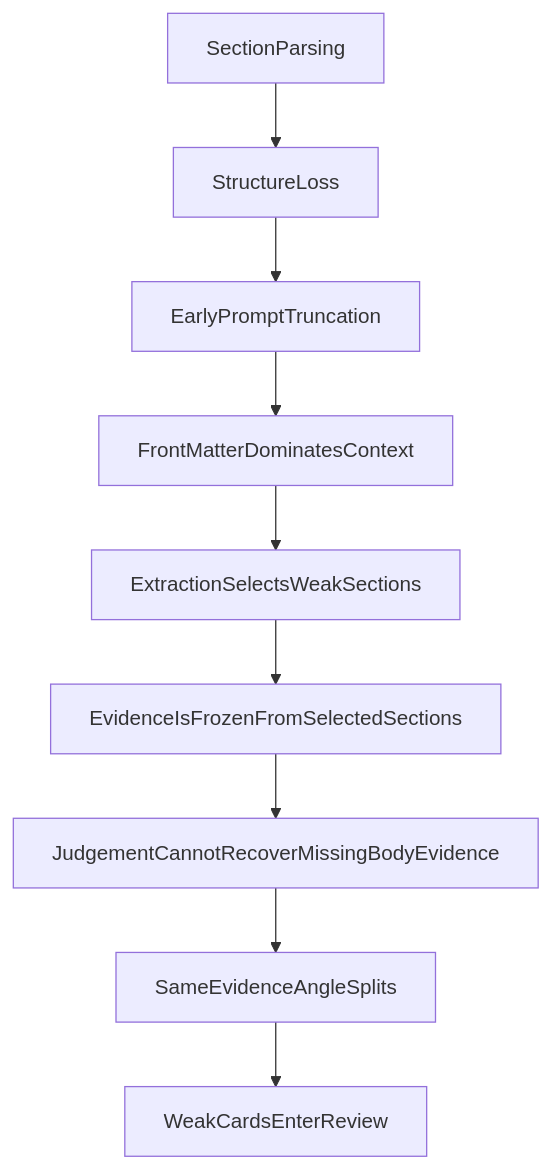
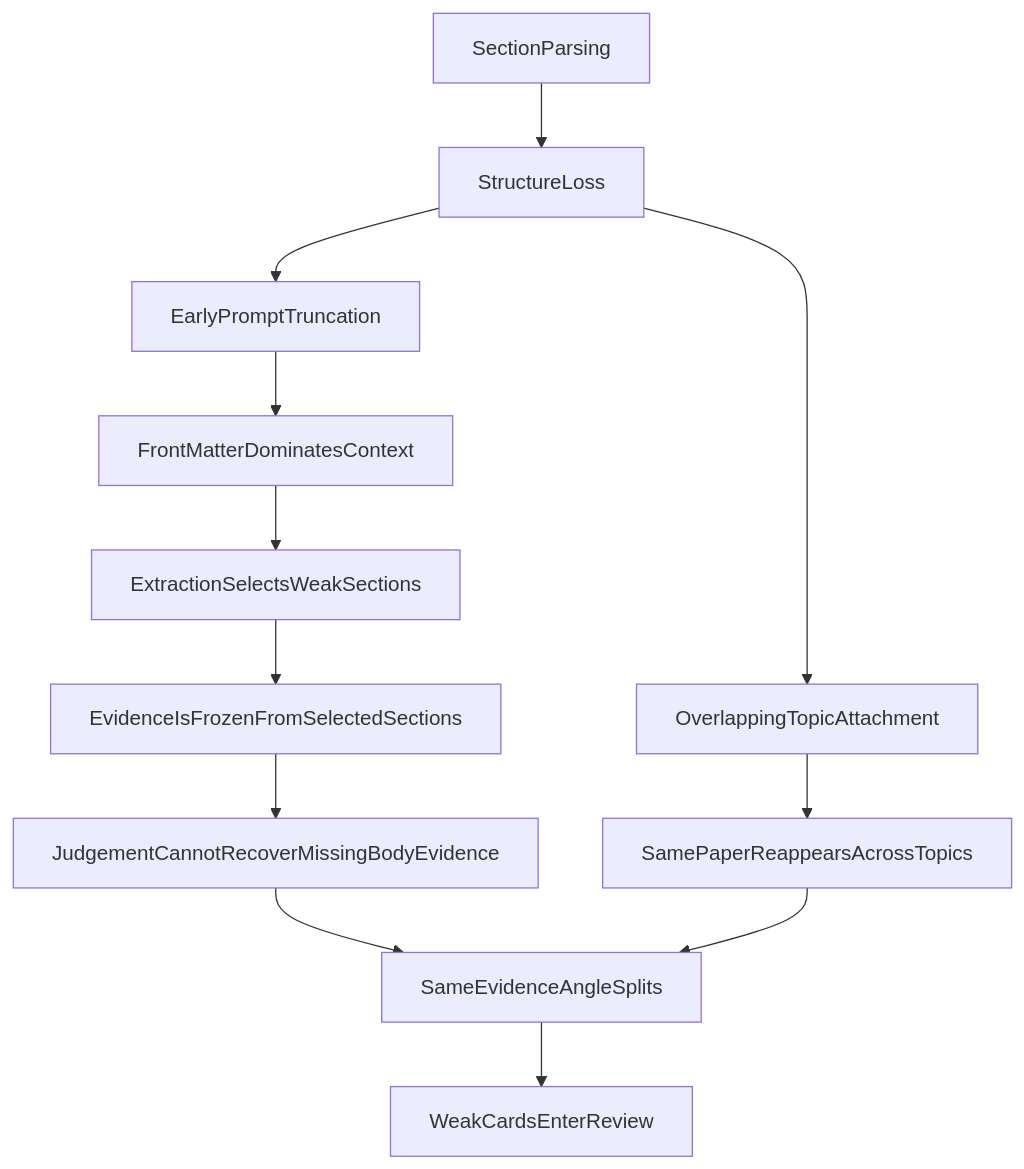
Before and after one commit to gillian-r-cd/paper2bullet: the second of 3 diagrams in CARD_CONTENT_REMEDIATION.md, drawn with Mermaid. The commit also changed other lines of this file and 6 other files, not shown here.

````diff
--- a/CARD_CONTENT_REMEDIATION.md
+++ b/CARD_CONTENT_REMEDIATION.md
@@ -103,11 +105,14 @@
 ```mermaid
 flowchart TD
     sectionParsing[SectionParsing] --> structureLoss[StructureLoss]
+    structureLoss --> topicOverlap[OverlappingTopicAttachment]
     structureLoss --> earlyTruncation[EarlyPromptTruncation]
+    topicOverlap --> repeatedPaperEntry[SamePaperReappearsAcrossTopics]
     earlyTruncation --> frontMatterBias[FrontMatterDominatesContext]
     frontMatterBias --> extractionMisgrounding[ExtractionSelectsWeakSections]
     extractionMisgrounding --> evidenceFreeze[EvidenceIsFrozenFromSelectedSections]
     evidenceFreeze --> judgementCannotRecover[JudgementCannotRecoverMissingBodyEvidence]
     judgementCannotRecover --> duplicateAngles[SameEvidenceAngleSplits]
+    repeatedPaperEntry --> duplicateAngles
     duplicateAngles --> weakCards[WeakCardsEnterReview]
 ```
````
